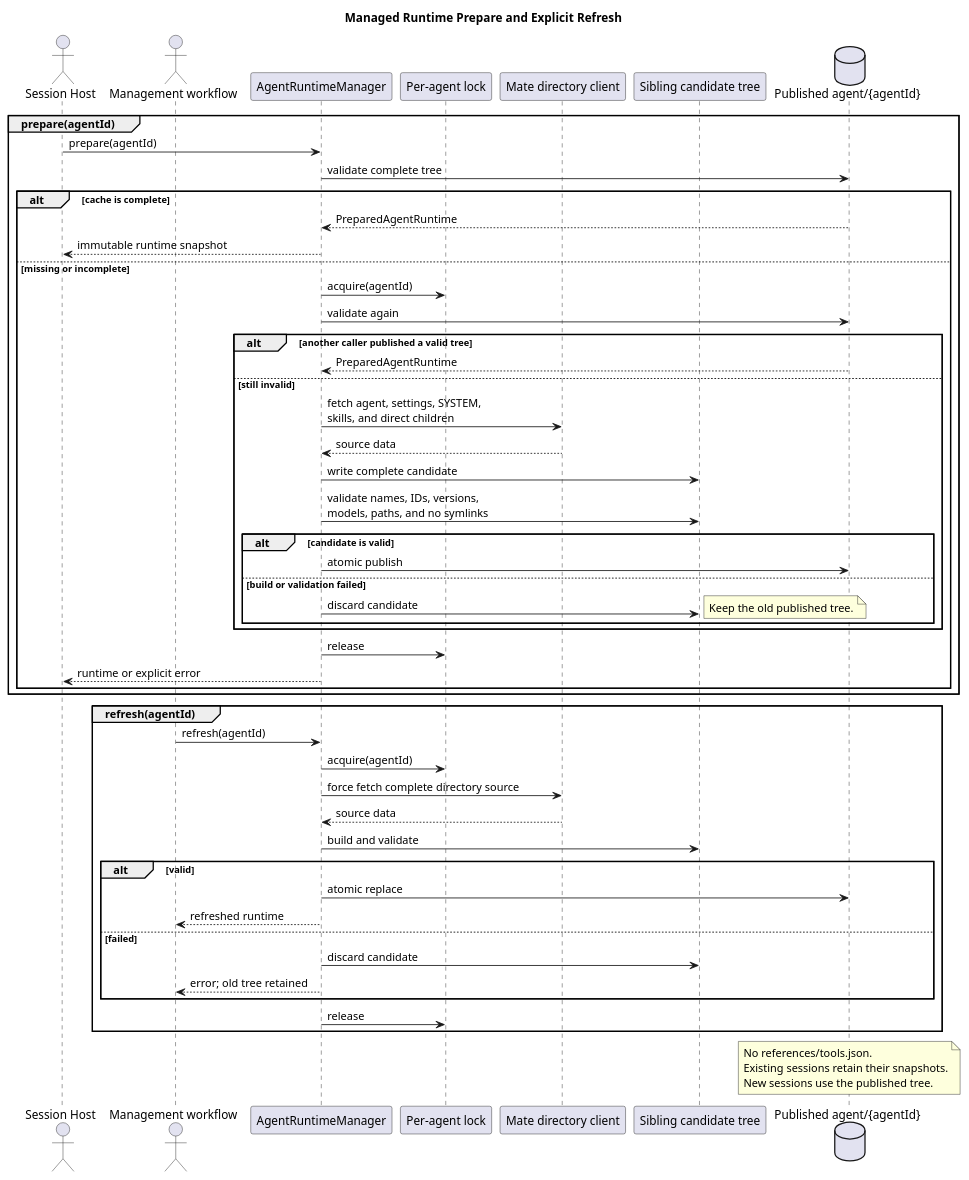
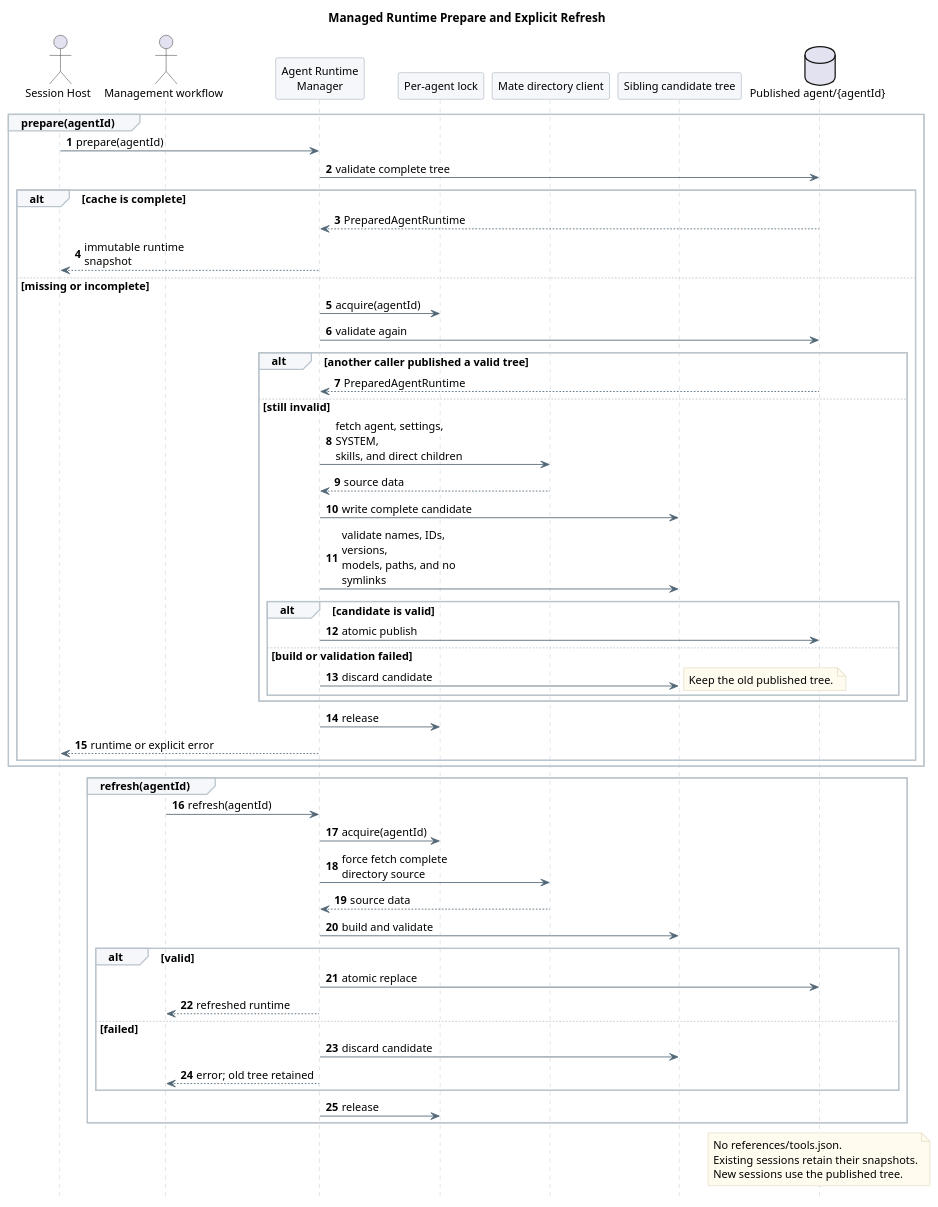
Before and after one commit to ssm0808/pi-mono-java-design: the third of 11 diagrams in 01-总体架构/02-CampusClaw工具系统/diagram.puml, drawn with PlantUML. The commit also changed other lines of this file and 212 other files, not shown here.

Commit message:
docs(design): 精简模块文档并重排全仓设计图

```diff
--- a/01-总体架构/02-CampusClaw工具系统/diagram.puml
+++ b/01-总体架构/02-CampusClaw工具系统/diagram.puml
@@ -163,72 +177,87 @@
 @startuml managed_runtime_refresh
+skinparam backgroundColor white
+skinparam defaultFontName SansSerif
+skinparam defaultFontSize 13
+skinparam shadowing false
+skinparam sequenceMessageAlign left
+skinparam maxMessageSize 165
+skinparam sequenceArrowColor #526777
+skinparam sequenceLifeLineBorderColor #BAC4CC
+skinparam sequenceParticipantBackgroundColor #F5F7FA
+skinparam sequenceParticipantBorderColor #8496A4
+skinparam sequenceGroupBackgroundColor #F5F7FA
+skinparam sequenceGroupBorderColor #BAC4CC
+skinparam noteBackgroundColor #FFFBEF
+skinparam noteBorderColor #D2C6A5
+hide footbox
+autonumber
 title Managed Runtime Prepare and Explicit Refresh
-skinparam shadowing false
 
 ' Source evidence (CampusClaw d649866):
 ' modules/coding-agent-cli/src/main/java/com/campusclaw/codingagent/runtime/AgentRuntimeManager.java:
 ' prepare, materialize, isRuntimeComplete
 ' Observed behavior: current materialization writes the managed tree directly and
 ' generates references/tools.json.
 ' Design reason: candidate-tree publication prevents partial reads; explicit
 ' management refresh changes only future sessions and never tool configuration.
 
 actor "Session Host" as Host
 actor "Management workflow" as Admin
-participant "AgentRuntimeManager" as Manager
+participant "Agent Runtime\nManager" as Manager
 participant "Per-agent lock" as Lock
 participant "Mate directory client" as Mate
 participant "Sibling candidate tree" as Candidate
 database "Published agent/{agentId}" as Published
 
 group prepare(agentId)
   Host -> Manager : prepare(agentId)
   Manager -> Published : validate complete tree
   alt cache is complete
     Published --> Manager : PreparedAgentRuntime
     Manager --> Host : immutable runtime snapshot
   else missing or incomplete
     Manager -> Lock : acquire(agentId)
     Manager -> Published : validate again
     alt another caller published a valid tree
       Published --> Manager : PreparedAgentRuntime
     else still invalid
       Manager -> Mate : fetch agent, settings, SYSTEM,\nskills, and direct children
       Mate --> Manager : source data
       Manager -> Candidate : write complete candidate
       Manager -> Candidate : validate names, IDs, versions,\nmodels, paths, and no symlinks
       alt candidate is valid
         Manager -> Published : atomic publish
       else build or validation failed
         Manager -> Candidate : discard candidate
         note right
-        Keep the old published tree.
+  Keep the old published tree.
         end note
       end
     end
     Manager -> Lock : release
     Manager --> Host : runtime or explicit error
   end
 end
 
 group refresh(agentId)
   Admin -> Manager : refresh(agentId)
   Manager -> Lock : acquire(agentId)
   Manager -> Mate : force fetch complete directory source
   Mate --> Manager : source data
   Manager -> Candidate : build and validate
   alt valid
     Manager -> Published : atomic replace
     Manager --> Admin : refreshed runtime
   else failed
     Manager -> Candidate : discard candidate
     Manager --> Admin : error; old tree retained
   end
   Manager -> Lock : release
 end
 
 note over Published
-No references/tools.json.
-Existing sessions retain their snapshots.
-New sessions use the published tree.
+  No references/tools.json.
+  Existing sessions retain their snapshots.
+  New sessions use the published tree.
 end note
 @enduml
```
